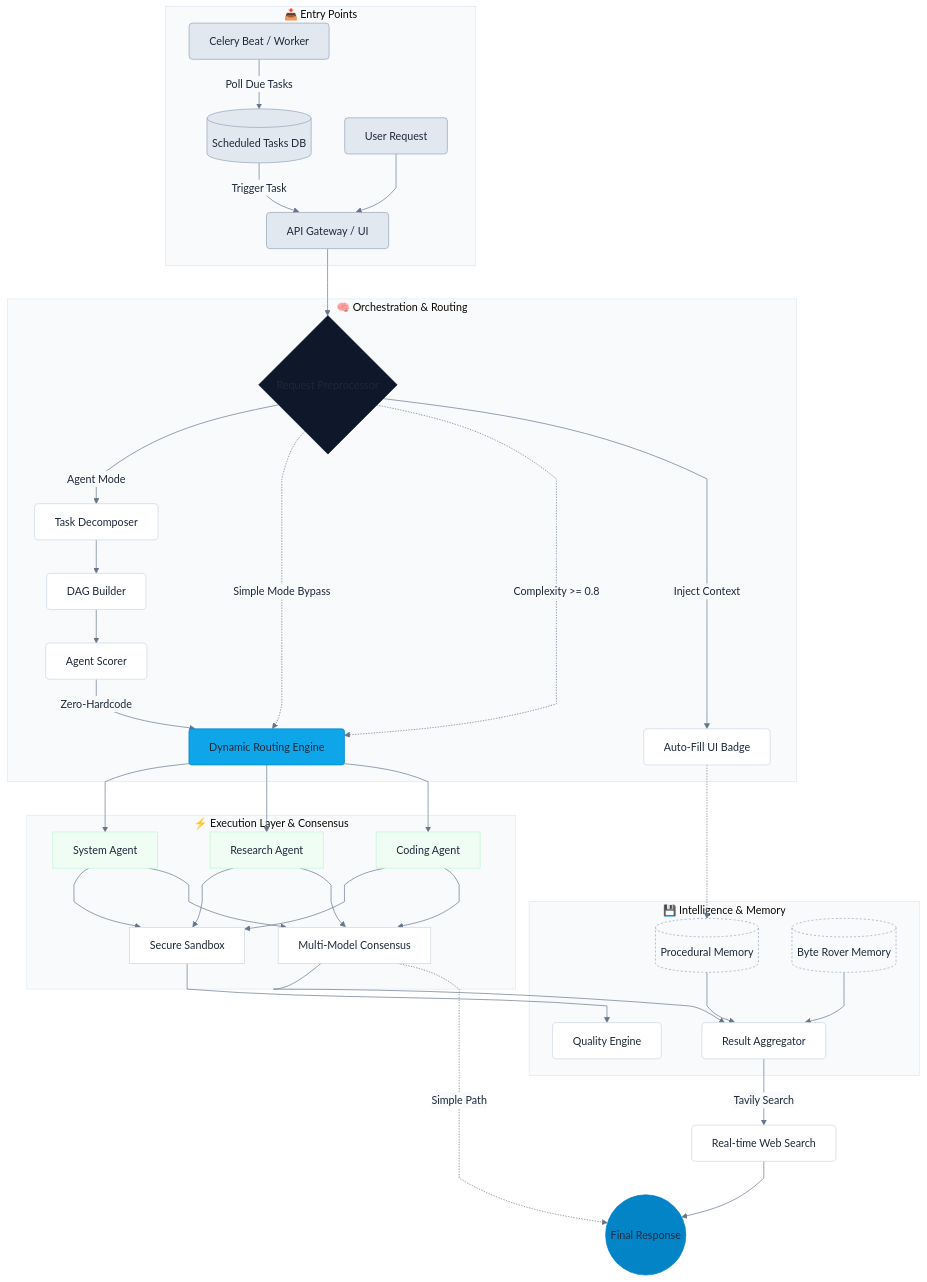
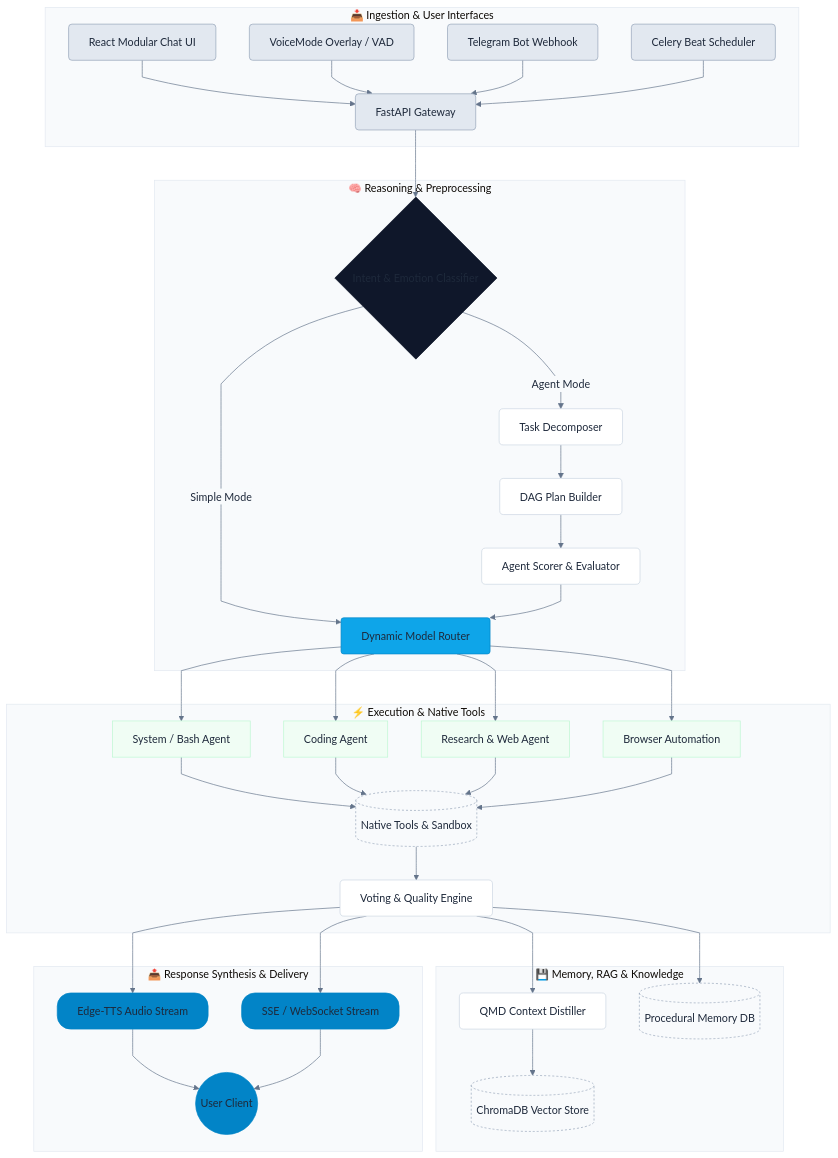
The diagram in README.md (maztfajar/ai-super), drawn with Mermaid before and after one commit. The commit also changed other lines of this file, not shown here.

Commit message:
docs: rewrite README.md with v4.1.51 features, VoiceMode, and modular architecture

````diff
--- a/README.md
+++ b/README.md
@@ -101,64 +86,62 @@
     classDef output fill:#0284c7,textColor:#ffffff,stroke:#0284c7,stroke-width:1px,rx:20px;
 
     %% LAYERS
-    subgraph EP ["📥 Entry Points"]
-        CB[Celery Beat / Worker] -->|Poll Due Tasks| ST[(Scheduled Tasks DB)]
-        ST -->|Trigger Task| AG[API Gateway / UI]
-        UR[User Request] --> AG
+    subgraph EP ["📥 Ingestion & User Interfaces"]
+        UI[React Modular Chat UI]
+        VM[VoiceMode Overlay / VAD]
+        TG[Telegram Bot Webhook]
+        CB[Celery Beat Scheduler]
+        
+        UI & VM & TG & CB --> AG[FastAPI Gateway]
     end
 
-    subgraph OR ["🧠 Orchestration & Routing"]
-        AG --> RP{Request Preprocessor}
-        
-        RP -->|Agent Mode| TD[Task Decomposer]
-        TD --> DB[DAG Builder]
-        DB --> AS[Agent Scorer]
-        AS -->|Zero-Hardcode| DR[Dynamic Routing Engine]
-        
-        RP -.->|Simple Mode Bypass| DR
-        RP -.->|Complexity >= 0.8| DR
-        RP -->|Inject Context| AU[Auto-Fill UI Badge]
+    subgraph OR ["🧠 Reasoning & Preprocessing"]
+        AG --> IC{Intent & Emotion Classifier}
+        IC -->|Simple Mode| DR[Dynamic Model Router]
+        IC -->|Agent Mode| TD[Task Decomposer]
+        TD --> DAG[DAG Plan Builder]
+        DAG --> AS[Agent Scorer & Evaluator]
+        AS --> DR
     end
 
-    subgraph EX ["⚡ Execution Layer & Consensus"]
-        DR --> SA[System Agent]
-        DR --> RA[Research Agent]
+    subgraph EX ["⚡ Execution & Native Tools"]
+        DR --> SA[System / Bash Agent]
         DR --> CA[Coding Agent]
+        DR --> RA[Research & Web Agent]
+        DR --> BA[Browser Automation]
         
-        SA & RA & CA --> SS[Secure Sandbox]
-        SA & RA & CA --> MC[Multi-Model Consensus]
+        SA & CA & RA & BA --> Tools[(Native Tools & Sandbox)]
+        Tools --> VE[Voting & Quality Engine]
     end
 
-    subgraph IM ["💾 Intelligence & Memory"]
-        QE[Quality Engine]
-        RAg[Result Aggregator]
-        PM[(Procedural Memory)]
-        BRM[(Byte Rover Memory)]
+    subgraph IM ["💾 Memory, RAG & Knowledge"]
+        QMD[QMD Context Distiller]
+        VDB[(ChromaDB Vector Store)]
+        PM[(Procedural Memory DB)]
+        
+        VE --> QMD
+        QMD --> VDB
+        VE --> PM
     end
 
-    %% INTER-CONNECTIONS (Disesuaikan agar panah tidak tumpang tindih)
-    AU -.-> PM
-    SS --> QE
-    MC --> RAg
-    
-    PM --> RAg
-    BRM --> RAg
-    
-    RAg -->|Tavily Search| RWS[Real-time Web Search]
-    RWS --> FR((Final Response))
-    MC -.->|Simple Path| FR
+    subgraph OUT ["📤 Response Synthesis & Delivery"]
+        VE --> TTS[Edge-TTS Audio Stream]
+        VE --> Stream[SSE / WebSocket Stream]
+        TTS & Stream --> Client((User Client))
+    end
 
-    %% Class Assign
-    class CB,ST,UR,AG entry;
-    class RP router;
-    class TD,DB,AS,AU,QE,RAg,RWS process;
+    %% Class Assignments
+    class UI,VM,TG,CB,AG entry;
+    class IC router;
+    class TD,DAG,AS,VE,QMD process;
     class DR engine;
-    class SA,RA,CA agent;
-    class PM,BRM db;
-    class FR output;
+    class SA,CA,RA,BA agent;
+    class Tools,VDB,PM db;
+    class TTS,Stream,Client output;
 
     style EP fill:#f8fafc,stroke:#e2e8f0,stroke-width:1px;
     style OR fill:#f8fafc,stroke:#e2e8f0,stroke-width:1px;
     style EX fill:#f8fafc,stroke:#e2e8f0,stroke-width:1px;
     style IM fill:#f8fafc,stroke:#e2e8f0,stroke-width:1px;
+    style OUT fill:#f8fafc,stroke:#e2e8f0,stroke-width:1px;
 ```
````
